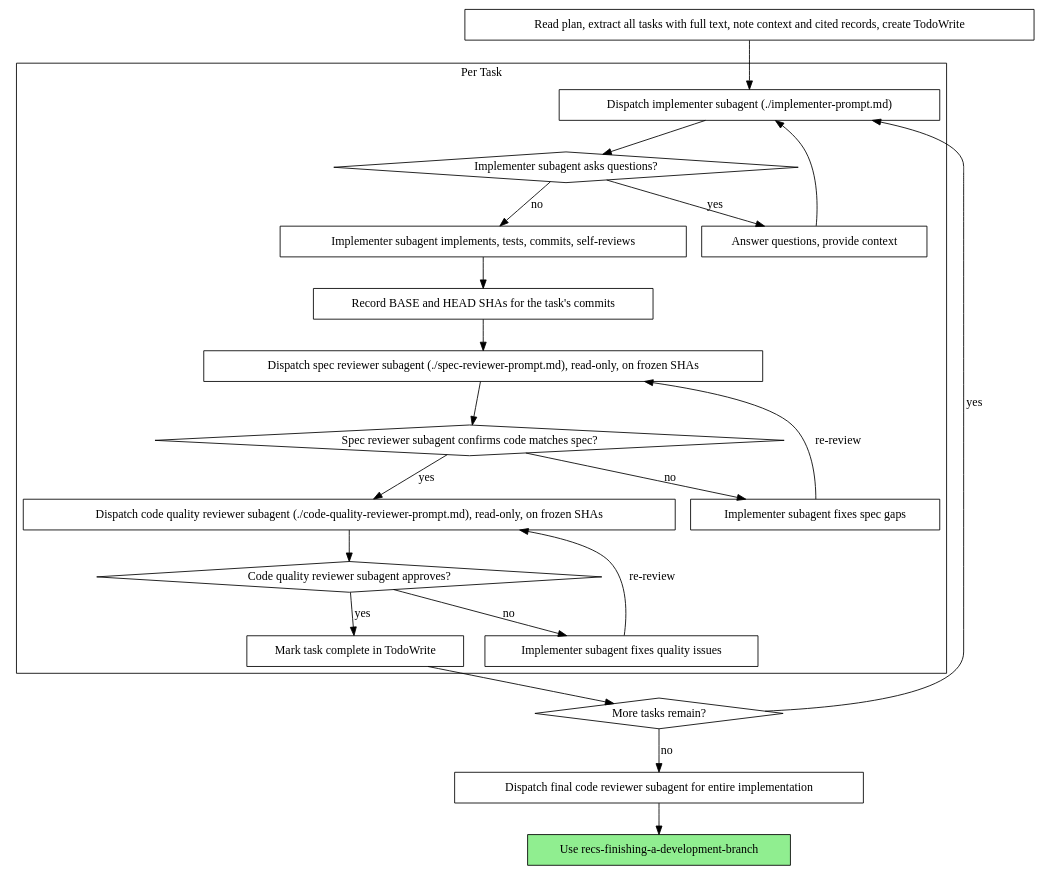
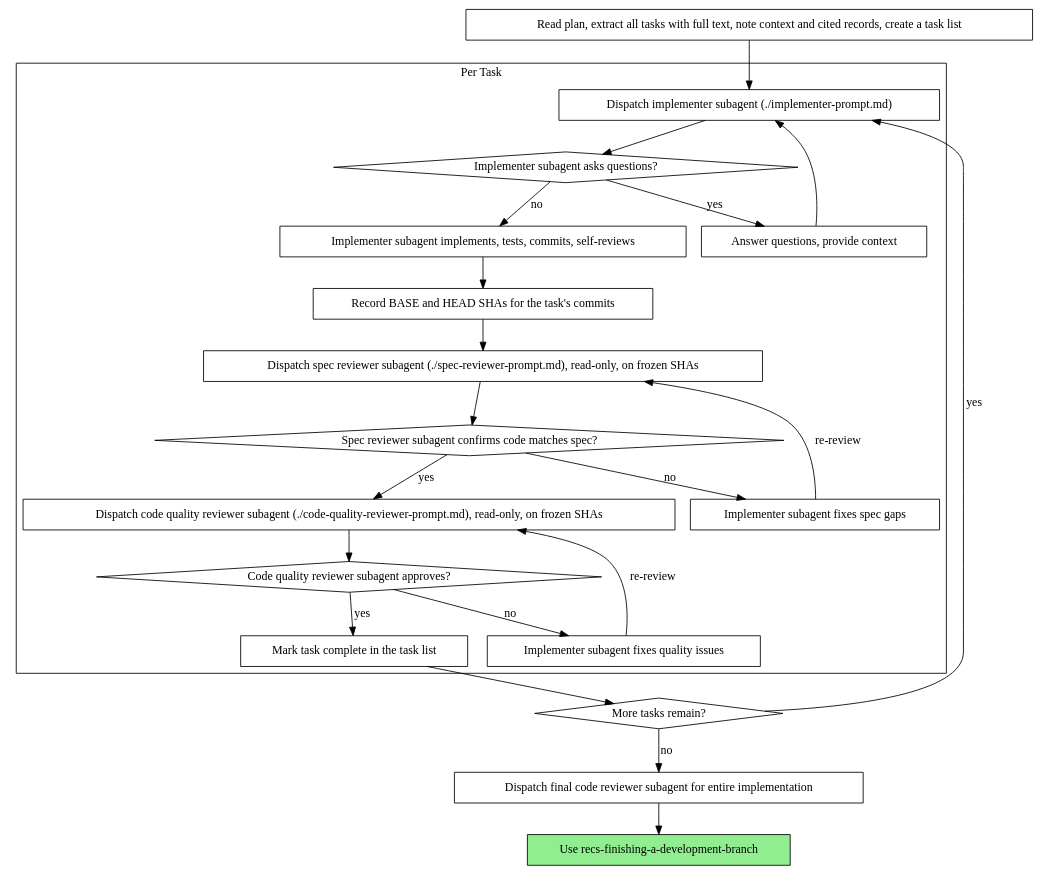
The second of 2 diagrams in skills/recs-subagent-driven-development/SKILL.md (Trevoke/the-recs-files), drawn with Graphviz before and after one commit. The commit also changed other lines of this file and 10 other files, not shown here.

First line of the commit message:
Dispatch subagents and keep task lists in words any harness can follow

````diff
--- a/skills/recs-subagent-driven-development/SKILL.md
+++ b/skills/recs-subagent-driven-development/SKILL.md
@@ -42,46 +42,46 @@
 ```dot
 digraph process {
     rankdir=TB;
 
     subgraph cluster_per_task {
         label="Per Task";
         "Dispatch implementer subagent (./implementer-prompt.md)" [shape=box];
         "Implementer subagent asks questions?" [shape=diamond];
         "Answer questions, provide context" [shape=box];
         "Implementer subagent implements, tests, commits, self-reviews" [shape=box];
         "Record BASE and HEAD SHAs for the task's commits" [shape=box];
         "Dispatch spec reviewer subagent (./spec-reviewer-prompt.md), read-only, on frozen SHAs" [shape=box];
         "Spec reviewer subagent confirms code matches spec?" [shape=diamond];
         "Implementer subagent fixes spec gaps" [shape=box];
         "Dispatch code quality reviewer subagent (./code-quality-reviewer-prompt.md), read-only, on frozen SHAs" [shape=box];
         "Code quality reviewer subagent approves?" [shape=diamond];
         "Implementer subagent fixes quality issues" [shape=box];
-        "Mark task complete in TodoWrite" [shape=box];
+        "Mark task complete in the task list" [shape=box];
     }
 
-    "Read plan, extract all tasks with full text, note context and cited records, create TodoWrite" [shape=box];
+    "Read plan, extract all tasks with full text, note context and cited records, create a task list" [shape=box];
     "More tasks remain?" [shape=diamond];
     "Dispatch final code reviewer subagent for entire implementation" [shape=box];
     "Use recs-finishing-a-development-branch" [shape=box style=filled fillcolor=lightgreen];
 
-    "Read plan, extract all tasks with full text, note context and cited records, create TodoWrite" -> "Dispatch implementer subagent (./implementer-prompt.md)";
+    "Read plan, extract all tasks with full text, note context and cited records, create a task list" -> "Dispatch implementer subagent (./implementer-prompt.md)";
     "Dispatch implementer subagent (./implementer-prompt.md)" -> "Implementer subagent asks questions?";
     "Implementer subagent asks questions?" -> "Answer questions, provide context" [label="yes"];
     "Answer questions, provide context" -> "Dispatch implementer subagent (./implementer-prompt.md)";
     "Implementer subagent asks questions?" -> "Implementer subagent implements, tests, commits, self-reviews" [label="no"];
     "Implementer subagent implements, tests, commits, self-reviews" -> "Record BASE and HEAD SHAs for the task's commits";
     "Record BASE and HEAD SHAs for the task's commits" -> "Dispatch spec reviewer subagent (./spec-reviewer-prompt.md), read-only, on frozen SHAs";
     "Dispatch spec reviewer subagent (./spec-reviewer-prompt.md), read-only, on frozen SHAs" -> "Spec reviewer subagent confirms code matches spec?";
     "Spec reviewer subagent confirms code matches spec?" -> "Implementer subagent fixes spec gaps" [label="no"];
     "Implementer subagent fixes spec gaps" -> "Dispatch spec reviewer subagent (./spec-reviewer-prompt.md), read-only, on frozen SHAs" [label="re-review"];
     "Spec reviewer subagent confirms code matches spec?" -> "Dispatch code quality reviewer subagent (./code-quality-reviewer-prompt.md), read-only, on frozen SHAs" [label="yes"];
     "Dispatch code quality reviewer subagent (./code-quality-reviewer-prompt.md), read-only, on frozen SHAs" -> "Code quality reviewer subagent approves?";
     "Code quality reviewer subagent approves?" -> "Implementer subagent fixes quality issues" [label="no"];
     "Implementer subagent fixes quality issues" -> "Dispatch code quality reviewer subagent (./code-quality-reviewer-prompt.md), read-only, on frozen SHAs" [label="re-review"];
-    "Code quality reviewer subagent approves?" -> "Mark task complete in TodoWrite" [label="yes"];
-    "Mark task complete in TodoWrite" -> "More tasks remain?";
+    "Code quality reviewer subagent approves?" -> "Mark task complete in the task list" [label="yes"];
+    "Mark task complete in the task list" -> "More tasks remain?";
     "More tasks remain?" -> "Dispatch implementer subagent (./implementer-prompt.md)" [label="yes"];
     "More tasks remain?" -> "Dispatch final code reviewer subagent for entire implementation" [label="no"];
     "Dispatch final code reviewer subagent for entire implementation" -> "Use recs-finishing-a-development-branch";
 }
 ```
````
